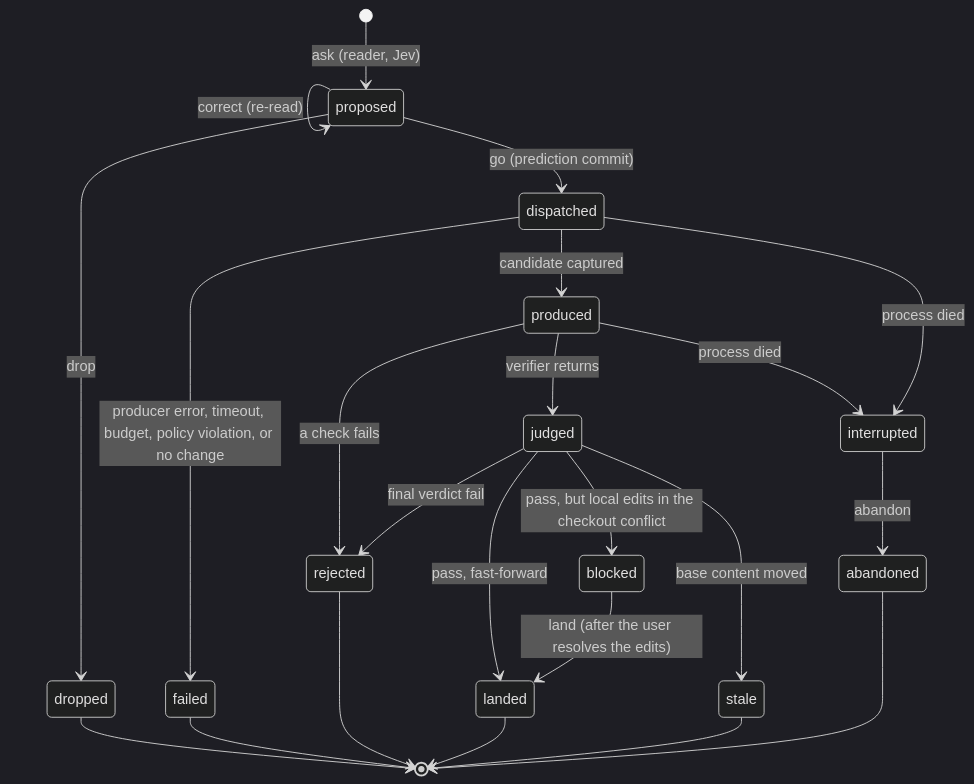
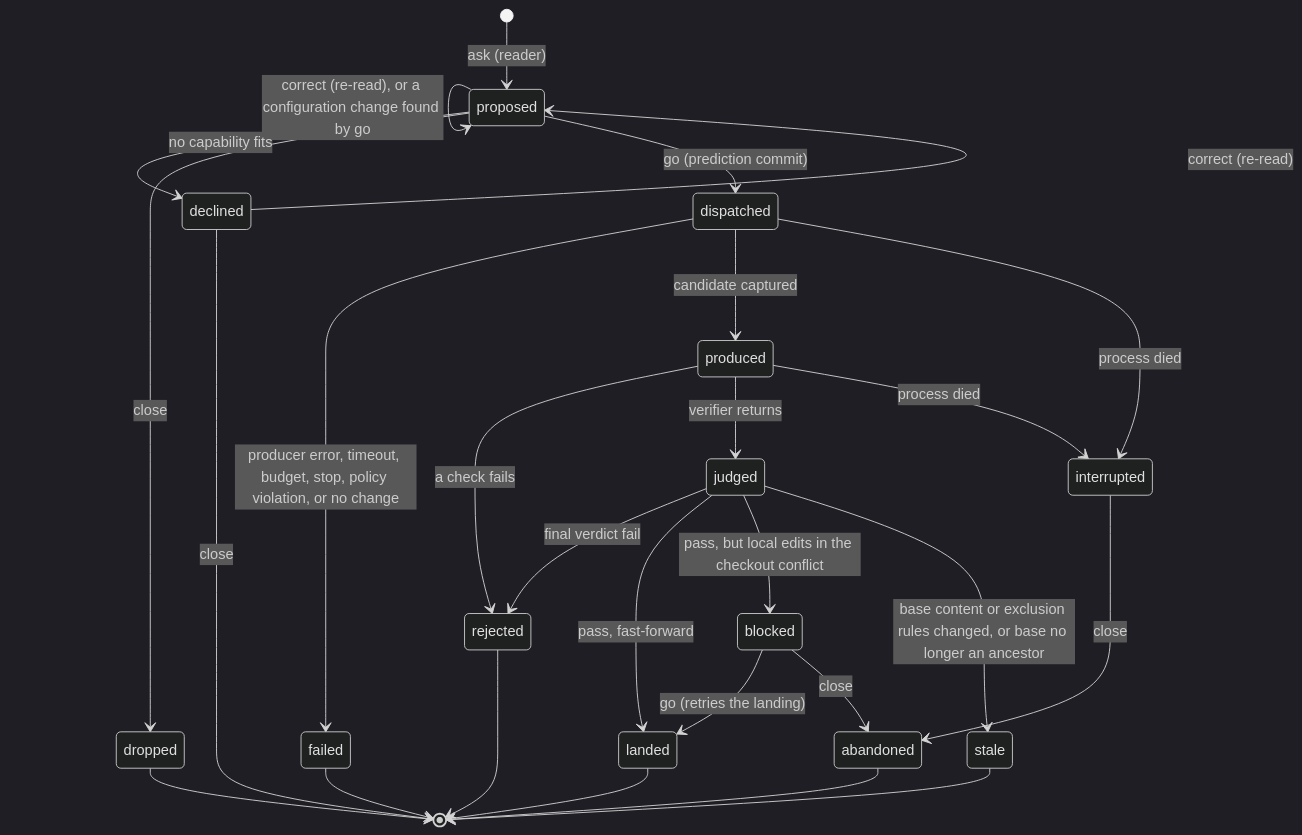
The second of 3 diagrams in docs/design/athena-v0.md (doodla/athena), drawn with Mermaid (dark theme) before and after one commit. The commit also changed other lines of this file and 1 other file, not shown here.

First line of the commit message:
Revise the Athena v0 design after independent review 1

````diff
--- a/docs/design/athena-v0.md
+++ b/docs/design/athena-v0.md
@@ -167,25 +184,29 @@
 ```mermaid
 stateDiagram-v2
-  [*] --> proposed: ask (reader, Jev)
-  proposed --> proposed: correct (re-read)
-  proposed --> dropped: drop
+  [*] --> proposed: ask (reader)
+  proposed --> proposed: correct (re-read), or a configuration change found by go
+  proposed --> declined: no capability fits
+  declined --> proposed: correct (re-read)
+  proposed --> dropped: close
+  declined --> [*]: close
   proposed --> dispatched: go (prediction commit)
-  dispatched --> failed: producer error, timeout, budget, policy violation, or no change
+  dispatched --> failed: producer error, timeout, budget, stop, policy violation, or no change
   dispatched --> produced: candidate captured
   produced --> rejected: a check fails
   produced --> judged: verifier returns
   judged --> rejected: final verdict fail
   judged --> landed: pass, fast-forward
   judged --> blocked: pass, but local edits in the checkout conflict
-  blocked --> landed: land (after the user resolves the edits)
-  judged --> stale: base content moved
+  blocked --> landed: go (retries the landing)
+  blocked --> abandoned: close
+  judged --> stale: base content or exclusion rules changed, or base no longer an ancestor
   dispatched --> interrupted: process died
   produced --> interrupted: process died
-  interrupted --> abandoned: abandon
+  interrupted --> abandoned: close
   landed --> [*]
   rejected --> [*]
   failed --> [*]
   stale --> [*]
   dropped --> [*]
   abandoned --> [*]
 ```
````
